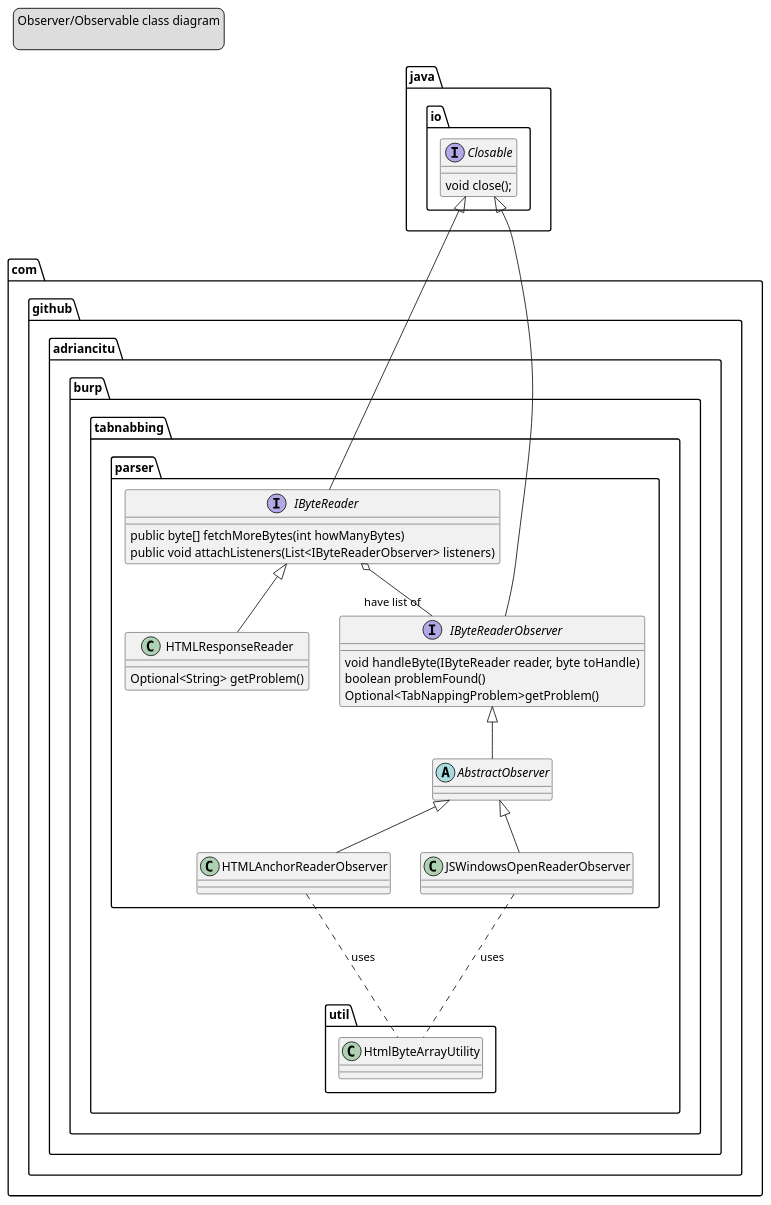
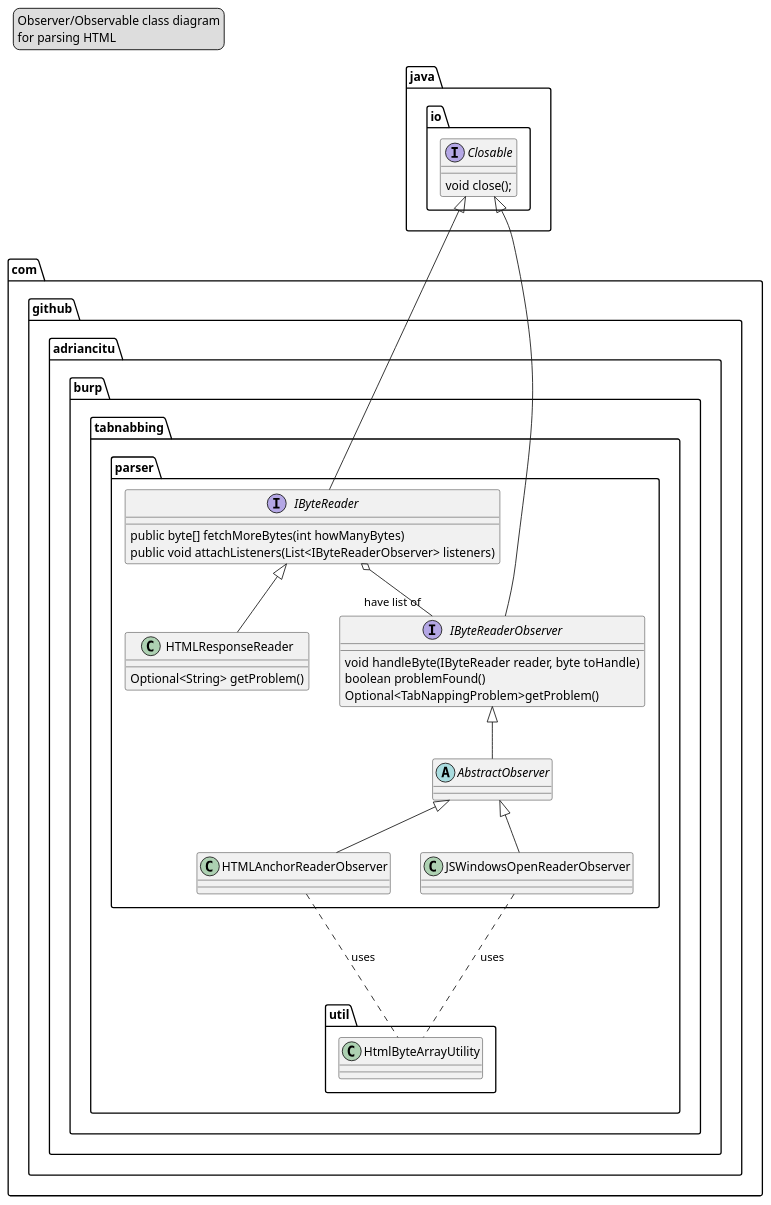
One commit to AdrianCitu/burp-tabnabbing-extension changed the diagram in src/main/resources/com/github/adriancitu.burp/tabnabbing/parser/ObserverClassDiagram.puml. Above: the diagram before and after it, drawn with PlantUML. The commit also changed 11 other files, not shown here.

```diff
--- a/src/main/resources/com/github/adriancitu.burp/tabnabbing/parser/ObserverClassDiagram.puml
+++ b/src/main/resources/com/github/adriancitu.burp/tabnabbing/parser/ObserverClassDiagram.puml
@@ -1,56 +1,56 @@
 @startuml
 legend top left
 Observer/Observable class diagram
-
+for parsing HTML
 end legend
 
 package java.io {
 interface Closable {
     void close();
 }
 }
 
 package com.github.adriancitu.burp.tabnabbing.parser {
 interface IByteReader {
    public byte[] fetchMoreBytes(int howManyBytes)
    public void attachListeners(List<IByteReaderObserver> listeners)
 }
 
 interface IByteReaderObserver {
     void handleByte(IByteReader reader, byte toHandle)
     boolean problemFound()
     Optional<TabNappingProblem>getProblem()
 }
 
 abstract class AbstractObserver
 class HTMLResponseReader {
     Optional<String> getProblem()
 }
 
 
 
 
 
 Closable  <|-- IByteReader
 Closable  <|-- IByteReaderObserver
 
 
 IByteReaderObserver <|-- AbstractObserver
 
 AbstractObserver <|-- HTMLAnchorReaderObserver
 AbstractObserver <|-- JSWindowsOpenReaderObserver
 
 }
 
 package com.github.adriancitu.burp.tabnabbing.util {
     class HtmlByteArrayUtility
 
 
 HTMLAnchorReaderObserver ... HtmlByteArrayUtility: uses
 JSWindowsOpenReaderObserver ... HtmlByteArrayUtility: uses
 
 IByteReader <|-- HTMLResponseReader
 
 IByteReader o-- "have list of" IByteReaderObserver
 }
 @enduml
```
